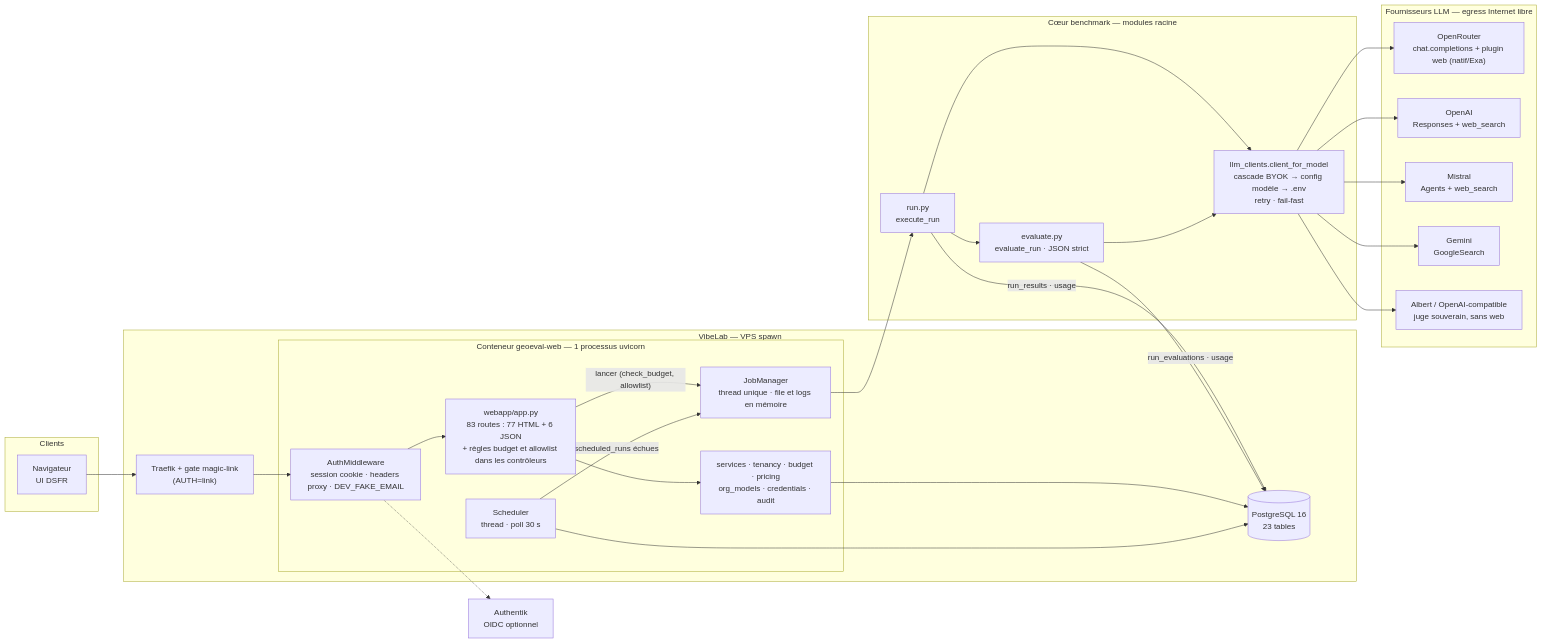
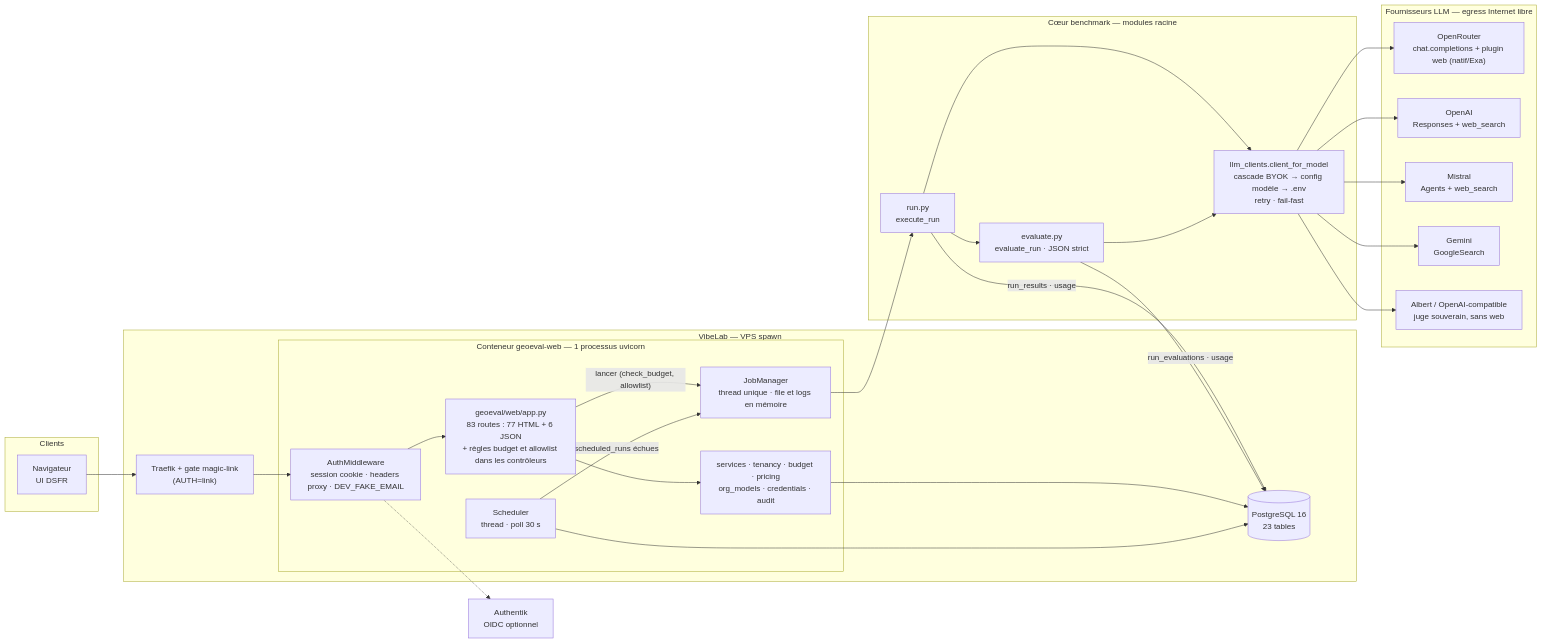
Before and after one commit to bmatge/GEOeval: the first of 3 diagrams in docs/architecture.md, drawn with Mermaid. The commit also changed other lines of this file and 132 other files, not shown here.

````diff
--- a/docs/architecture.md
+++ b/docs/architecture.md
@@ -15,49 +15,49 @@
 ```mermaid
 flowchart LR
   subgraph Clients
     U["Navigateur<br/>UI DSFR"]
   end
 
   subgraph VibeLab["VibeLab — VPS spawn"]
     GATE["Traefik + gate magic-link<br/>(AUTH=link)"]
     subgraph WEB["Conteneur geoeval-web — 1 processus uvicorn"]
       MW["AuthMiddleware<br/>session cookie · headers proxy · DEV_FAKE_EMAIL"]
-      APP["webapp/app.py<br/>83 routes : 77 HTML + 6 JSON<br/>+ règles budget et allowlist dans les contrôleurs"]
+      APP["geoeval/web/app.py<br/>83 routes : 77 HTML + 6 JSON<br/>+ règles budget et allowlist dans les contrôleurs"]
       SVC["services · tenancy · budget · pricing<br/>org_models · credentials · audit"]
       JOBS["JobManager<br/>thread unique · file et logs en mémoire"]
       SCHED["Scheduler<br/>thread · poll 30 s"]
     end
     DB[("PostgreSQL 16<br/>23 tables")]
   end
 
   subgraph Core["Cœur benchmark — modules racine"]
     RUN["run.py<br/>execute_run"]
     EVAL["evaluate.py<br/>evaluate_run · JSON strict"]
     LLMC["llm_clients.client_for_model<br/>cascade BYOK → config modèle → .env<br/>retry · fail-fast"]
   end
 
   subgraph LLM["Fournisseurs LLM — egress Internet libre"]
     OR["OpenRouter<br/>chat.completions + plugin web (natif/Exa)"]
     OAI["OpenAI<br/>Responses + web_search"]
     MIS["Mistral<br/>Agents + web_search"]
     GEM["Gemini<br/>GoogleSearch"]
     ALB["Albert / OpenAI-compatible<br/>juge souverain, sans web"]
   end
   IDP["Authentik<br/>OIDC optionnel"]
 
   U --> GATE --> MW --> APP --> SVC --> DB
   APP -->|"lancer (check_budget, allowlist)"| JOBS
   SCHED -->|"scheduled_runs échues"| JOBS
   SCHED --> DB
   JOBS --> RUN --> EVAL
   RUN --> LLMC
   EVAL --> LLMC
   LLMC --> OR
   LLMC --> OAI
   LLMC --> MIS
   LLMC --> GEM
   LLMC --> ALB
   RUN -->|"run_results · usage"| DB
   EVAL -->|"run_evaluations · usage"| DB
   MW -.-> IDP
 ```
````
